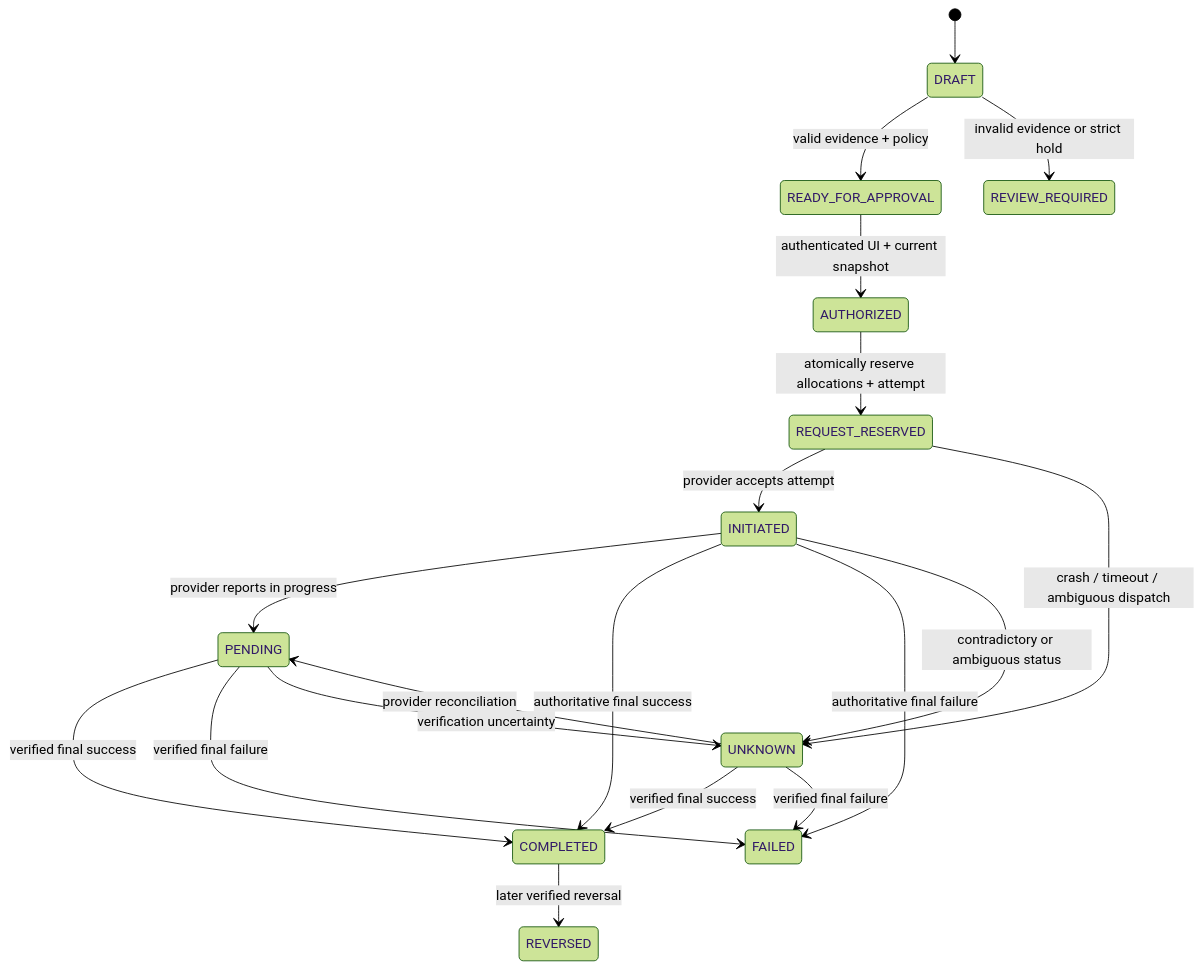
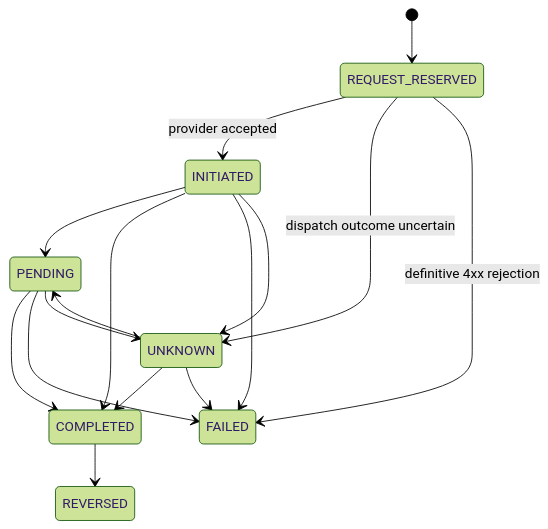
The fourth of 5 diagrams in docs/architecture.md (ritwijn/nipta), drawn with Mermaid (forest theme) before and after one commit. The commit also changed other lines of this file and 2 other files, not shown here.

First line of the commit message:
Update architecture and problem statement; add implementation guide

````diff
--- a/docs/architecture.md
+++ b/docs/architecture.md
@@ -344,21 +247,18 @@
 ```mermaid
 stateDiagram-v2
-    [*] --> DRAFT
-    DRAFT --> READY_FOR_APPROVAL: valid evidence + policy
-    DRAFT --> REVIEW_REQUIRED: invalid evidence or strict hold
-    READY_FOR_APPROVAL --> AUTHORIZED: authenticated UI + current snapshot
-    AUTHORIZED --> REQUEST_RESERVED: atomically reserve allocations + attempt
-    REQUEST_RESERVED --> INITIATED: provider accepts attempt
-    REQUEST_RESERVED --> UNKNOWN: crash / timeout / ambiguous dispatch
-    INITIATED --> PENDING: provider reports in progress
-    INITIATED --> COMPLETED: authoritative final success
-    INITIATED --> FAILED: authoritative final failure
-    INITIATED --> UNKNOWN: contradictory or ambiguous status
-    PENDING --> COMPLETED: verified final success
-    PENDING --> FAILED: verified final failure
-    PENDING --> UNKNOWN: verification uncertainty
-    UNKNOWN --> PENDING: provider reconciliation
-    UNKNOWN --> COMPLETED: verified final success
-    UNKNOWN --> FAILED: verified final failure
-    COMPLETED --> REVERSED: later verified reversal
+    [*] --> REQUEST_RESERVED
+    REQUEST_RESERVED --> INITIATED: provider accepted
+    REQUEST_RESERVED --> UNKNOWN: dispatch outcome uncertain
+    REQUEST_RESERVED --> FAILED: definitive 4xx rejection
+    INITIATED --> PENDING
+    INITIATED --> COMPLETED
+    INITIATED --> FAILED
+    INITIATED --> UNKNOWN
+    PENDING --> COMPLETED
+    PENDING --> FAILED
+    PENDING --> UNKNOWN
+    UNKNOWN --> PENDING
+    UNKNOWN --> COMPLETED
+    UNKNOWN --> FAILED
+    COMPLETED --> REVERSED
 ```
````
